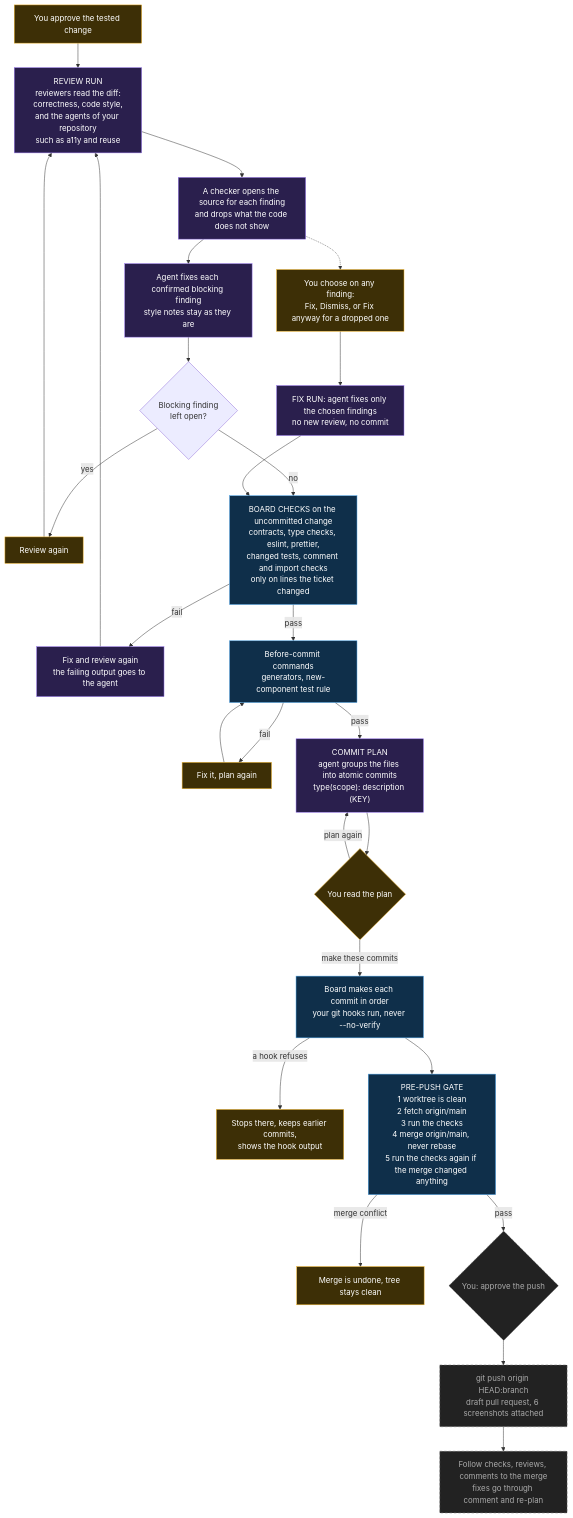
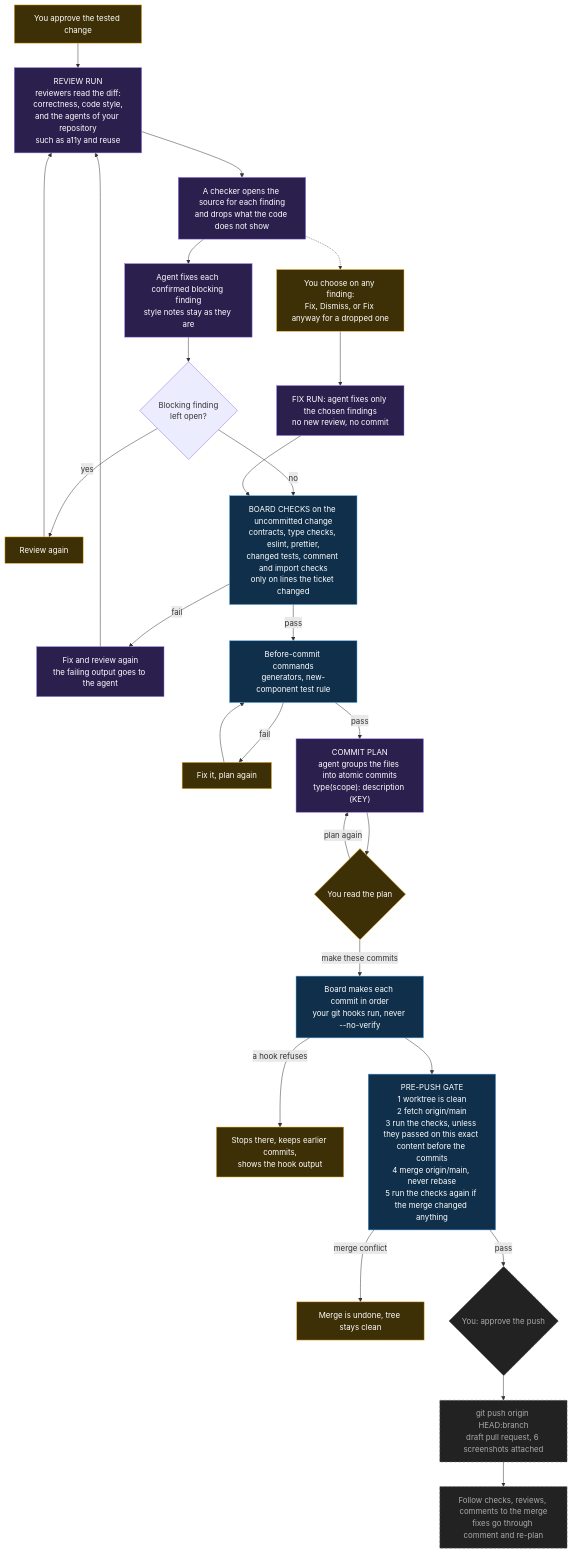
One commit to justindmyers/agent-ticket-board changed the sixth of 7 diagrams in FLOW.md. Above: the diagram before and after it, drawn with Mermaid. The commit also changed other lines of this file and 9 other files, not shown here.

First line of the commit message:
feat(gate): skip the repeat checks when the content already passed

````diff
--- a/FLOW.md
+++ b/FLOW.md
@@ -189,47 +189,47 @@
 ```mermaid
 flowchart TD
   A["You approve the tested change"]:::human --> R
 
   R["REVIEW RUN<br/>reviewers read the diff:<br/>correctness, code style,<br/>and the agents of your repository<br/>such as a11y and reuse"]:::agent
   R --> V["A checker opens the source for each finding<br/>and drops what the code does not show"]:::agent
   V --> F["Agent fixes each confirmed blocking finding<br/>style notes stay as they are"]:::agent
   F --> OPEN{"Blocking finding<br/>left open?"}
   OPEN -->|"yes"| RA["Review again"]:::human
   RA --> R
   OPEN -->|"no"| CHK
   V -.-> CHOOSE["You choose on any finding:<br/>Fix, Dismiss, or Fix anyway for a dropped one"]:::human
   CHOOSE --> FIXCH["FIX RUN: agent fixes only the chosen findings<br/>no new review, no commit"]:::agent
   FIXCH --> CHK
 
   CHK["BOARD CHECKS on the uncommitted change<br/>contracts, type checks, eslint, prettier,<br/>changed tests, comment and import checks<br/>only on lines the ticket changed"]:::board
   CHK -->|"fail"| FIXRV["Fix and review again<br/>the failing output goes to the agent"]:::agent
   FIXRV --> R
   CHK -->|"pass"| PREP
 
   PREP["Before-commit commands<br/>generators, new-component test rule"]:::board
   PREP -->|"fail"| PREPFIX["Fix it, plan again"]:::human
   PREPFIX --> PREP
   PREP -->|"pass"| CP
 
   CP["COMMIT PLAN<br/>agent groups the files into atomic commits<br/>type(scope): description (KEY)"]:::agent
   CP --> READ{"You read the plan"}:::human
   READ -->|"plan again"| CP
   READ -->|"make these commits"| COMMIT
 
   COMMIT["Board makes each commit in order<br/>your git hooks run, never --no-verify"]:::board
   COMMIT -->|"a hook refuses"| HOOKFAIL["Stops there, keeps earlier commits,<br/>shows the hook output"]:::human
   COMMIT --> GATE
 
-  GATE["PRE-PUSH GATE<br/>1 worktree is clean<br/>2 fetch origin/main<br/>3 run the checks<br/>4 merge origin/main, never rebase<br/>5 run the checks again if the merge changed anything"]:::board
+  GATE["PRE-PUSH GATE<br/>1 worktree is clean<br/>2 fetch origin/main<br/>3 run the checks, unless they passed on this exact content before the commits<br/>4 merge origin/main, never rebase<br/>5 run the checks again if the merge changed anything"]:::board
   GATE -->|"merge conflict"| UNDO["Merge is undone, tree stays clean"]:::human
   GATE -->|"pass"| PUSH
 
   PUSH{"You: approve the push"}:::planned
   PUSH --> PR["git push origin HEAD:branch<br/>draft pull request, 6 screenshots attached"]:::planned
   PR --> TRACK["Follow checks, reviews, comments to the merge<br/>fixes go through comment and re-plan"]:::planned
 
   classDef human fill:#3d2f06,stroke:#f5b82e,color:#fff
   classDef agent fill:#2a1f4d,stroke:#9b7bf0,color:#fff
   classDef board fill:#0f2f4a,stroke:#4aa3e8,color:#fff
   classDef planned fill:#222,stroke:#777,stroke-dasharray:5 4,color:#aaa
 ```
````
